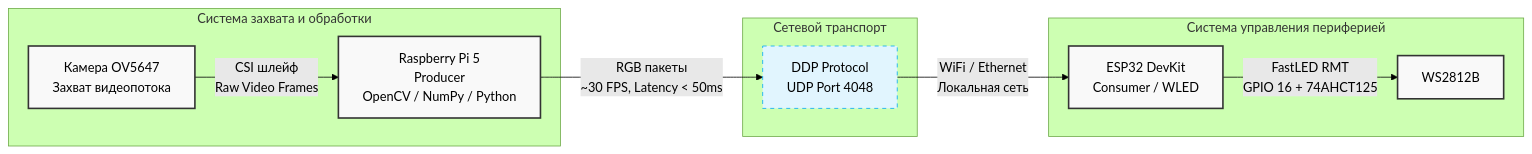
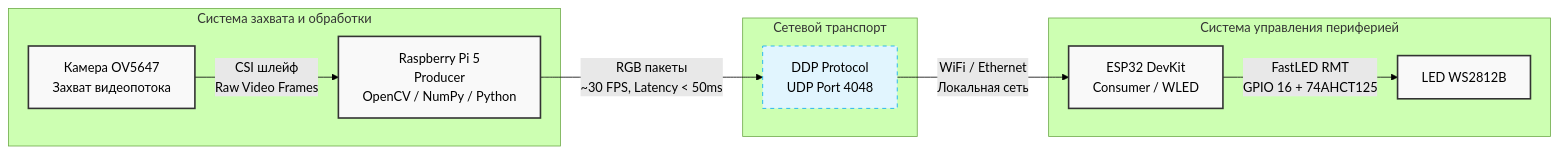
One commit to YarValerievich/ambilight-wled changed the diagram in README.md. Above: the diagram before and after it, drawn with Mermaid (forest theme).

````diff
--- a/README.md
+++ b/README.md
@@ -13,27 +13,27 @@
 ```mermaid
 graph LR
     subgraph Capture_System ["Система захвата и обработки"]
         CAM["Камера OV5647<br/>Захват видеопотока"]
         PI["Raspberry Pi 5<br/>Producer<br/>OpenCV / NumPy / Python"]
         CAM -- "CSI шлейф<br/>Raw Video Frames" --> PI
     end
 
     subgraph Network ["Сетевой транспорт"]
         UDP["DDP Protocol<br/>UDP Port 4048<br/>"]
     end
 
     subgraph LED_System ["Система управления периферией"]
         ESP["ESP32 DevKit<br/>Consumer / WLED"]
-        LED["WS2812B<br/>"]
+        LED["LED WS2812B<br/>"]
         ESP -- "FastLED RMT<br/>GPIO 16 + 74AHCT125" --> LED
     end
 
     PI -- "RGB пакеты<br/>~30 FPS, Latency &lt; 50ms" --> UDP
     UDP -- "WiFi / Ethernet<br/>Локальная сеть" --> ESP
 
     classDef hardware fill:#f9f9f9,stroke:#333,stroke-width:2px;
     classDef protocol fill:#e1f5fe,stroke:#03a9f4,stroke-width:1px,stroke-dasharray: 5 5;
 
     class CAM,PI,ESP,LED hardware;
     class UDP protocol;
 ```
````
